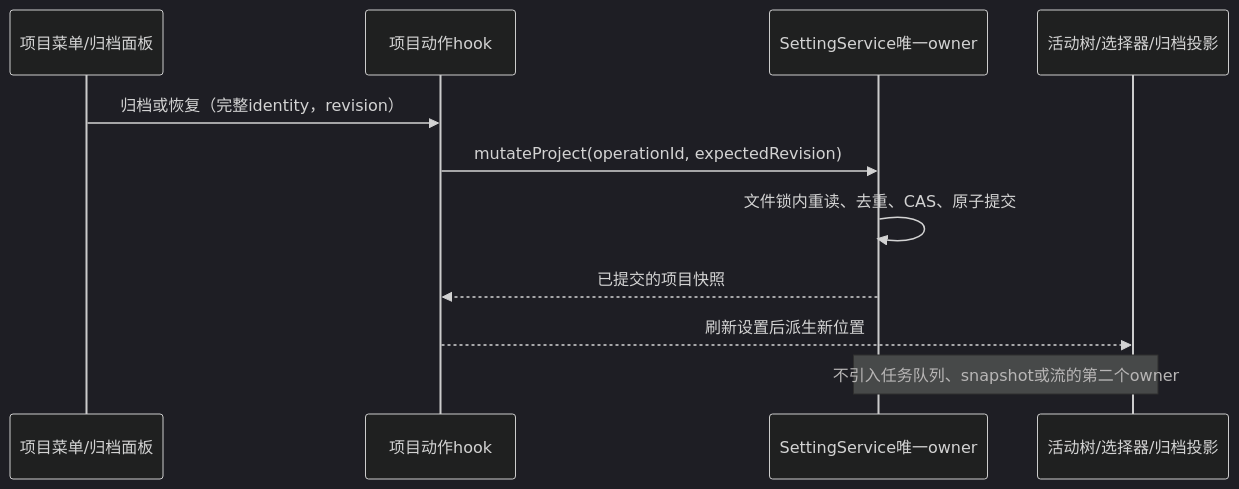
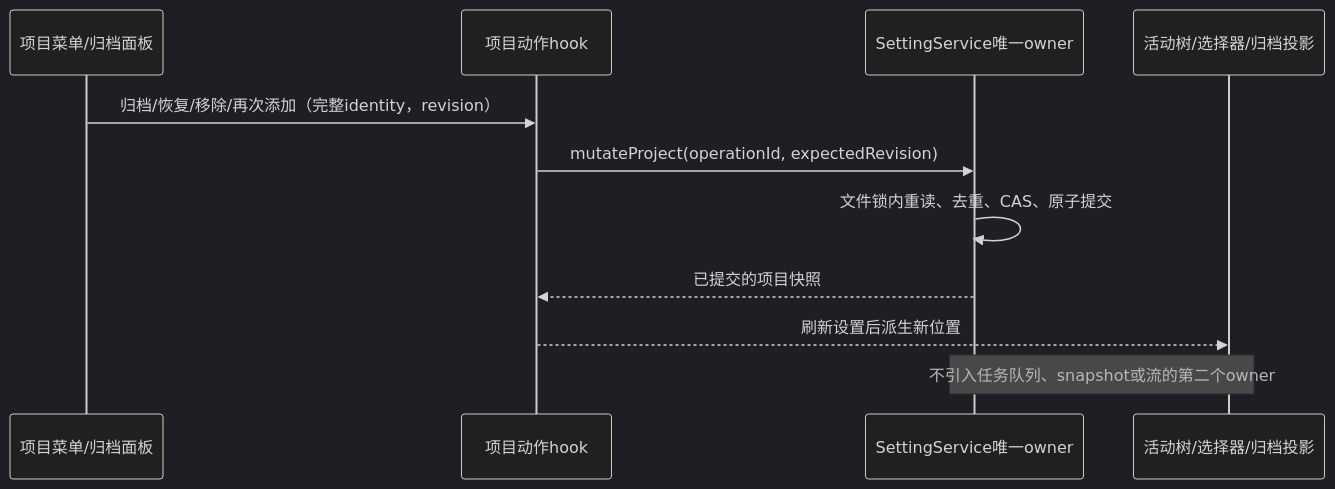
One commit to lemonllhon/Code changed the first of 2 diagrams in specs/project-delete-and-archive.md. Above: the diagram before and after it, drawn with Mermaid (dark theme). The commit also changed other lines of this file and 33 other files, not shown here.

````diff
--- a/specs/project-delete-and-archive.md
+++ b/specs/project-delete-and-archive.md
@@ -33,13 +38,13 @@
 ```mermaid
 sequenceDiagram
   participant U as 项目菜单/归档面板
   participant H as 项目动作hook
   participant S as SettingService唯一owner
   participant P as 活动树/选择器/归档投影
-  U->>H: 归档或恢复（完整identity，revision）
+  U->>H: 归档/恢复/移除/再次添加（完整identity，revision）
   H->>S: mutateProject(operationId, expectedRevision)
   S->>S: 文件锁内重读、去重、CAS、原子提交
   S-->>H: 已提交的项目快照
   H-->>P: 刷新设置后派生新位置
   Note over S,P: 不引入任务队列、snapshot或流的第二个owner
 ```
````
